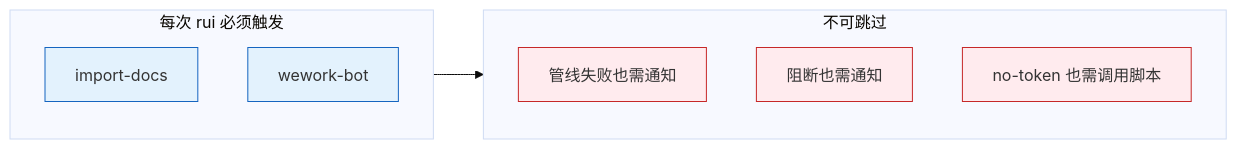
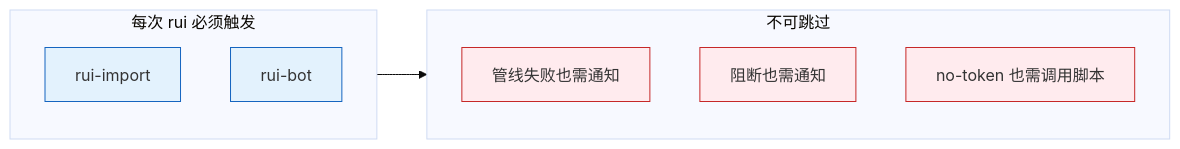
Before and after one commit to effiy/YrY: the sixth of 10 diagrams in rules/delivery-gate.md, drawn with Mermaid (base theme). The commit also changed other lines of this file and 41 other files, not shown here.

````diff
--- a/rules/delivery-gate.md
+++ b/rules/delivery-gate.md
@@ -162,16 +162,16 @@
 ```mermaid
 flowchart LR
     subgraph 必须["每次 rui 必须触发"]
-        M1["import-docs"]:::must
-        M2["wework-bot"]:::must
+        M1["rui-import"]:::must
+        M2["rui-bot"]:::must
     end
     subgraph 禁止["不可跳过"]
         X1["管线失败也需通知"]:::block
         X2["阻断也需通知"]:::block
         X3["no-token 也需调用脚本"]:::block
     end
     必须 --> 禁止
 
     classDef must fill:#e3f2fd,stroke:#1565c0;
     classDef block fill:#ffebee,stroke:#c62828;
 ```
````
